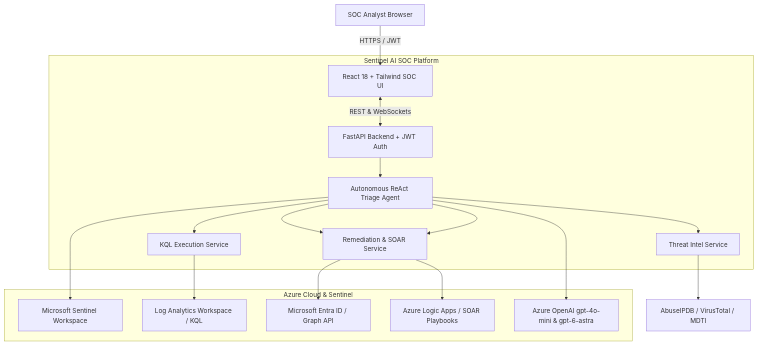
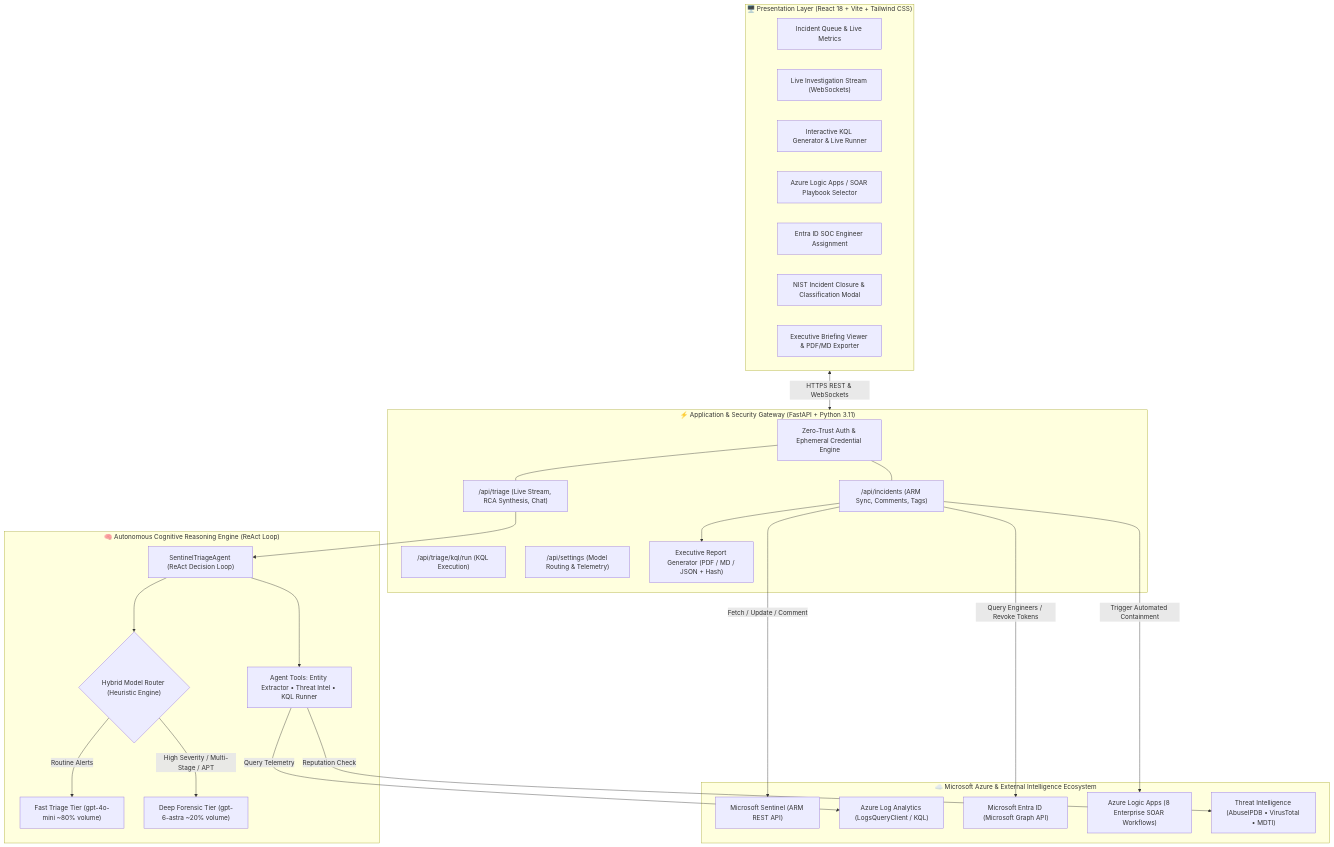
Before and after one commit to ankush351992/AI-SOC-Agent-for-Microsoft-Sentinel: the diagram in README.md, drawn with Mermaid. The commit also changed other lines of this file, not shown here.

Commit message:
docs: update System Architecture with comprehensive 4-tier diagram and component breakdowns

````diff
--- a/README.md
+++ b/README.md
@@ -231,29 +231,57 @@
 ```mermaid
 flowchart TD
-    subgraph Azure_Cloud [Azure Cloud & Sentinel]
-        Sentinel[Microsoft Sentinel Workspace]
-        LogAnalytics[Log Analytics Workspace / KQL]
-        EntraID[Microsoft Entra ID / Graph API]
-        LogicApps[Azure Logic Apps / SOAR Playbooks]
-        AzureOpenAI[Azure OpenAI gpt-4o-mini & gpt-6-astra]
+    subgraph Client_Layer ["🖥️ Presentation Layer (React 18 + Vite + Tailwind CSS)"]
+        UI_Dash["Incident Queue & Live Metrics"]
+        UI_Stream["Live Investigation Stream (WebSockets)"]
+        UI_KQL["Interactive KQL Generator & Live Runner"]
+        UI_Playbook["Azure Logic Apps / SOAR Playbook Selector"]
+        UI_Assign["Entra ID SOC Engineer Assignment"]
+        UI_Close["NIST Incident Closure & Classification Modal"]
+        UI_Report["Executive Briefing Viewer & PDF/MD Exporter"]
     end
 
-    subgraph App_Platform [Sentinel AI SOC Platform]
-        UI[React 18 + Tailwind SOC UI]
-        API[FastAPI Backend + JWT Auth]
-        Agent[Autonomous ReAct Triage Agent]
-        KQL[KQL Execution Service]
-        TI[Threat Intel Service]
-        Remediation[Remediation & SOAR Service]
+    subgraph API_Layer ["⚡ Application & Security Gateway (FastAPI + Python 3.11)"]
+        Auth["Zero-Trust Auth & Ephemeral Credential Engine"]
+        IncidentsAPI["/api/incidents (ARM Sync, Comments, Tags)"]
+        TriageAPI["/api/triage (Live Stream, RCA Synthesis, Chat)"]
+        KQL_API["/api/triage/kql/run (KQL Execution)"]
+        SettingsAPI["/api/settings (Model Routing & Telemetry)"]
+        ReportGen["Executive Report Generator (PDF / MD / JSON + Hash)"]
     end
 
-    Analyst[SOC Analyst Browser] -->|HTTPS / JWT| UI
-    UI <-->|REST & WebSockets| API
-    API --> Agent
-    Agent --> KQL --> LogAnalytics
-    Agent --> Sentinel
-    Agent --> AzureOpenAI
-    Agent --> TI --> ExternalTI[AbuseIPDB / VirusTotal / MDTI]
-    Agent --> Remediation --> LogicApps
-    Agent --> Remediation --> EntraID
+    subgraph AI_Core ["🧠 Autonomous Cognitive Reasoning Engine (ReAct Loop)"]
+        Agent["SentinelTriageAgent (ReAct Decision Loop)"]
+        Router{"Hybrid Model Router (Heuristic Engine)"}
+        FastTier["Fast Triage Tier (gpt-4o-mini ~80% volume)"]
+        DeepTier["Deep Forensic Tier (gpt-6-astra ~20% volume)"]
+        Tools["Agent Tools: Entity Extractor • Threat Intel • KQL Runner"]
+    end
+
+    subgraph Azure_Ecosystem ["☁️ Microsoft Azure & External Intelligence Ecosystem"]
+        Sentinel["Microsoft Sentinel (ARM REST API)"]
+        LogAnalytics["Azure Log Analytics (LogsQueryClient / KQL)"]
+        EntraID["Microsoft Entra ID (Microsoft Graph API)"]
+        LogicApps["Azure Logic Apps (8 Enterprise SOAR Workflows)"]
+        ThreatIntel["Threat Intelligence (AbuseIPDB • VirusTotal • MDTI)"]
+    end
+
+    %% Client to API
+    Client_Layer <-->|HTTPS REST & WebSockets| API_Layer
+    Auth --- IncidentsAPI
+    Auth --- TriageAPI
+
+    %% API to AI Core & Services
+    TriageAPI --> Agent
+    IncidentsAPI --> ReportGen
+    Agent --> Router
+    Router -->|Routine Alerts| FastTier
+    Router -->|High Severity / Multi-Stage / APT| DeepTier
+    Agent --> Tools
+
+    %% Integrations
+    Tools -->|Query Telemetry| LogAnalytics
+    Tools -->|Reputation Check| ThreatIntel
+    IncidentsAPI -->|Fetch / Update / Comment| Sentinel
+    IncidentsAPI -->|Query Engineers / Revoke Tokens| EntraID
+    IncidentsAPI -->|Trigger Automated Containment| LogicApps
 ```
````
